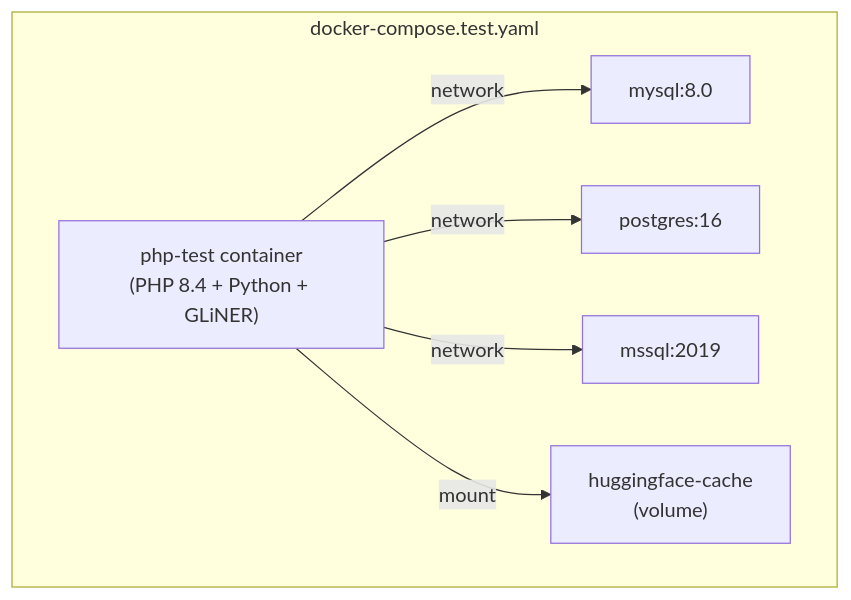
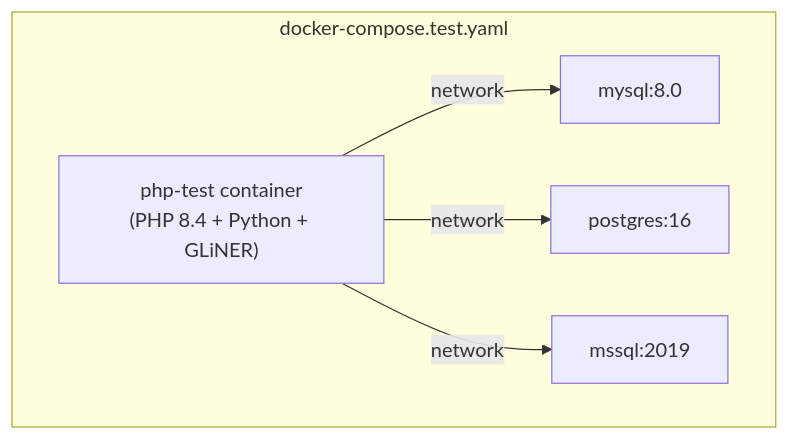
One commit to ineersa/mcp-sql-server changed the second of 2 diagrams in docs/pii-discovery-implementation-plan.md. Above: the diagram before and after it, drawn with Mermaid. The commit also changed 7 other files, not shown here.

Commit message:
feat: Introduce `console` composer script and remove HuggingFace cache volume from the test environment.

````diff
--- a/docs/pii-discovery-implementation-plan.md
+++ b/docs/pii-discovery-implementation-plan.md
@@ -171,15 +171,13 @@
 ```mermaid
 graph TB
     subgraph "docker-compose.test.yaml"
         php_test["php-test container<br/>(PHP 8.4 + Python + GLiNER)"]
         mysql["mysql:8.0"]
         postgres["postgres:16"]
         sqlserver["mssql:2019"]
-        hf_cache["huggingface-cache<br/>(volume)"]
     end
 
     php_test -->|"network"| mysql
     php_test -->|"network"| postgres
     php_test -->|"network"| sqlserver
-    php_test -->|"mount"| hf_cache
 ```
````
